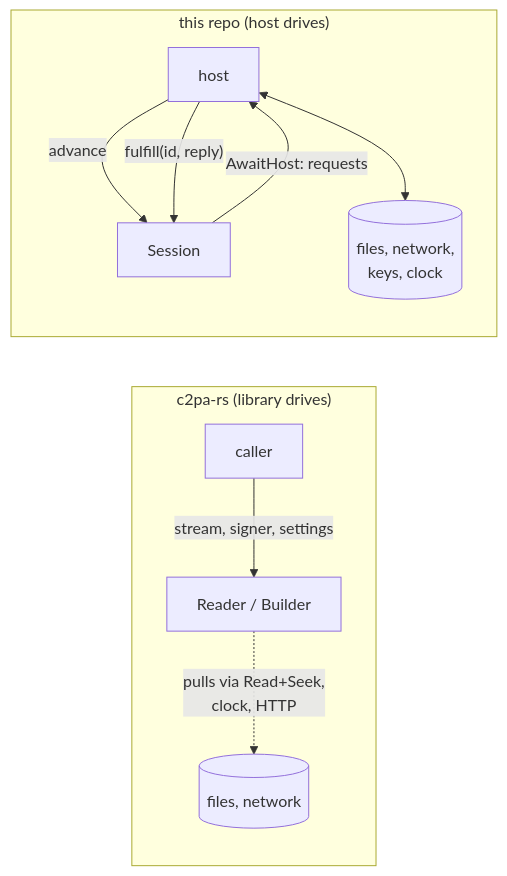
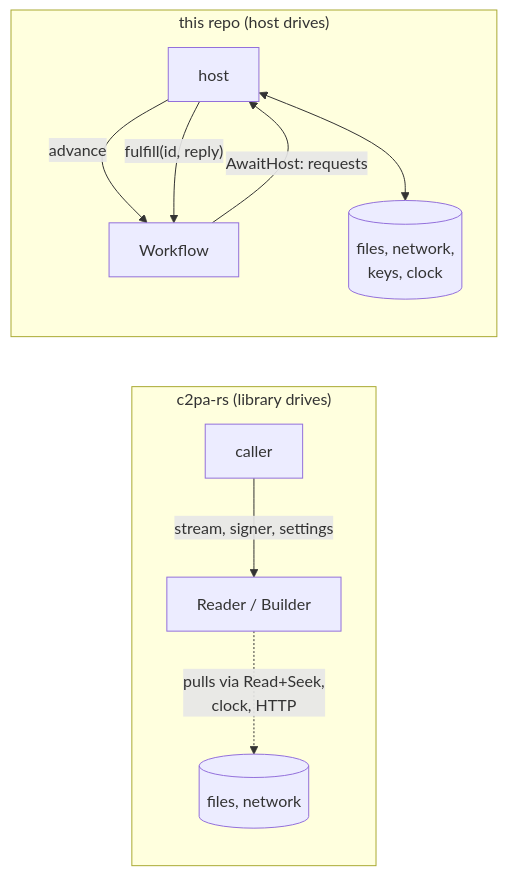
Before and after one commit to scouten/state-machine-experiment: the first of 2 diagrams in docs/walkthrough/01-the-idea.md, drawn with Mermaid. The commit also changed other lines of this file and 102 other files, not shown here.

````diff
--- a/docs/walkthrough/01-the-idea.md
+++ b/docs/walkthrough/01-the-idea.md
@@ -19,15 +20,15 @@
 ```mermaid
 flowchart LR
     subgraph rs["c2pa-rs (library drives)"]
         direction TB
         A1[caller] -->|stream, signer, settings| A2[Reader / Builder]
         A2 -. "pulls via Read+Seek,<br/>clock, HTTP" .-> A3[(files, network)]
     end
     subgraph here["this repo (host drives)"]
         direction TB
-        B1[host] -->|advance| B2[Session]
+        B1[host] -->|advance| B2[Workflow]
         B2 -->|"AwaitHost: requests"| B1
         B1 -->|"fulfill(id, reply)"| B2
         B1 <--> B3[(files, network,<br/>keys, clock)]
     end
 ```
````
